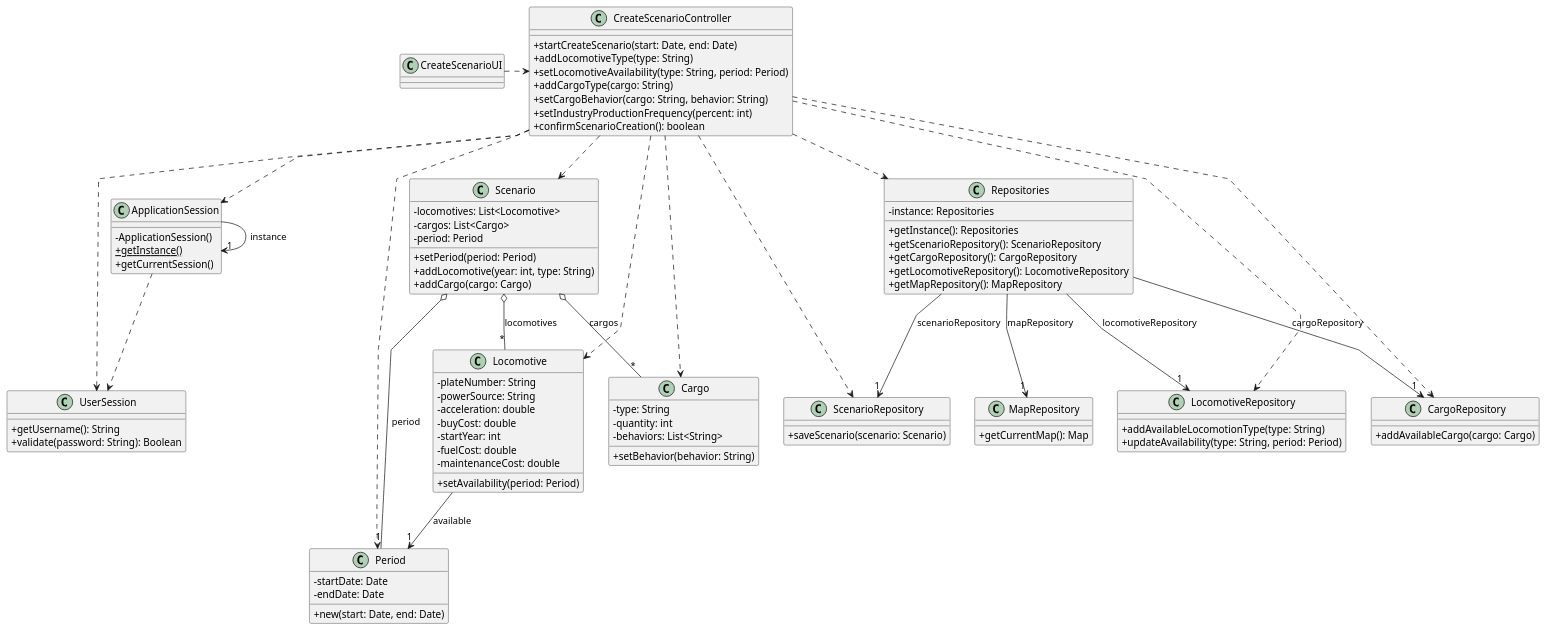
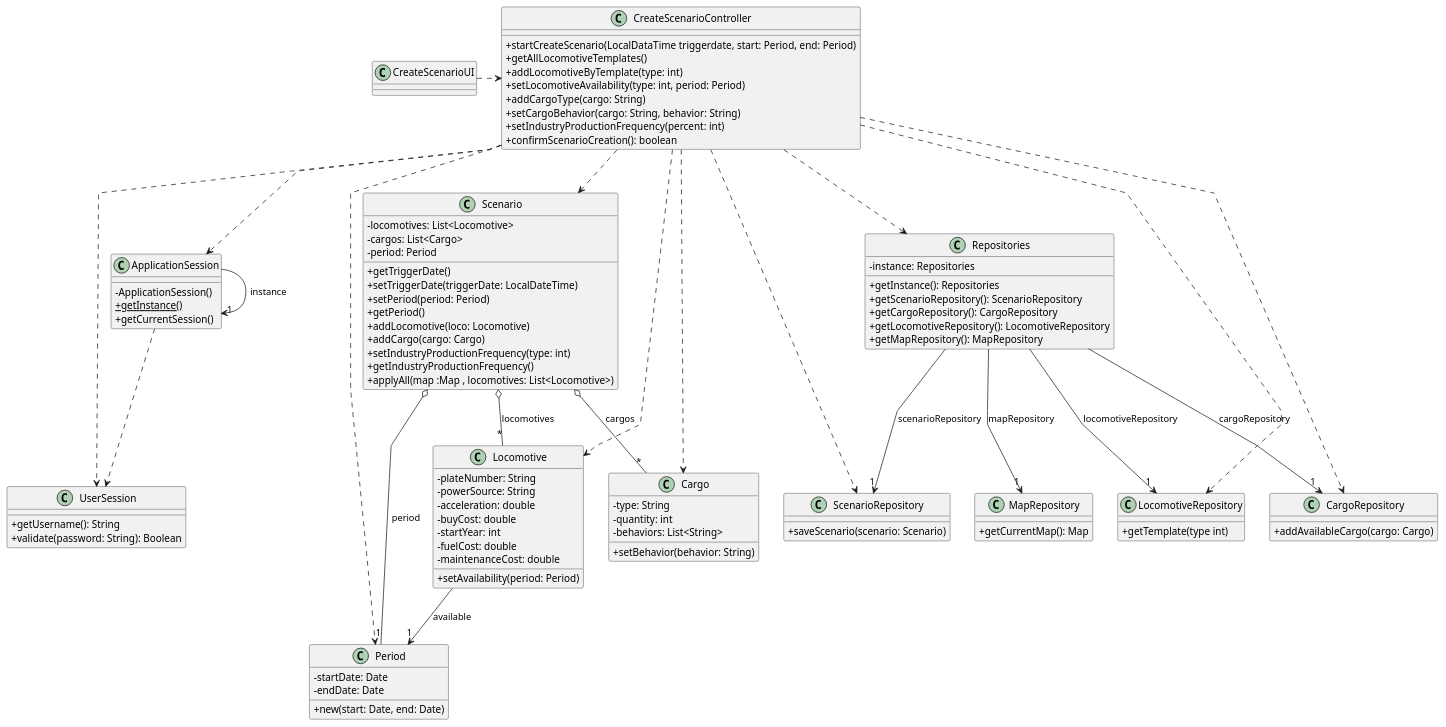
The diagram in docs/system-documentation/US004/03.design/puml/US004-CD.puml (1240826/empire-on-tracks), drawn with PlantUML before and after one commit. The commit also changed 3 other files, not shown here.

```diff
--- a/docs/system-documentation/US004/03.design/puml/US004-CD.puml
+++ b/docs/system-documentation/US004/03.design/puml/US004-CD.puml
@@ -1,124 +1,130 @@
 @startuml
 skinparam packageStyle rectangle
 skinparam shadowing false
 skinparam linetype polyline
 skinparam classAttributeIconSize 0
 
 
 class ApplicationSession
 {
     - ApplicationSession()
     + {static} getInstance()
     + getCurrentSession()
 }
 
 class UserSession {
     + getUsername(): String
     + validate(password: String): Boolean
 }
 
 ApplicationSession ..> UserSession
 ApplicationSession -> "1" ApplicationSession : instance
 
 
 class CreateScenarioUI {
 
 }
 
 class CreateScenarioController {
-    + startCreateScenario(start: Date, end: Date)
-    + addLocomotiveType(type: String)
-    + setLocomotiveAvailability(type: String, period: Period)
+    + startCreateScenario(LocalDataTime triggerdate, start: Period, end: Period)
+    + getAllLocomotiveTemplates()
+    + addLocomotiveByTemplate(type: int)
+    + setLocomotiveAvailability(type: int, period: Period)
     + addCargoType(cargo: String)
     + setCargoBehavior(cargo: String, behavior: String)
     + setIndustryProductionFrequency(percent: int)
     + confirmScenarioCreation(): boolean
 }
 
 CreateScenarioUI .> CreateScenarioController
 
 
 class Scenario {
     - locomotives: List<Locomotive>
     - cargos: List<Cargo>
     - period: Period
+    + getTriggerDate()
+    + setTriggerDate(triggerDate: LocalDateTime)
     + setPeriod(period: Period)
-    + addLocomotive(year: int, type: String)
+    + getPeriod()
+    + addLocomotive(loco: Locomotive)
     + addCargo(cargo: Cargo)
+    + setIndustryProductionFrequency(type: int)
+    + getIndustryProductionFrequency()
+    + applyAll(map :Map , locomotives: List<Locomotive>)
 }
 
 class Period {
     - startDate: Date
     - endDate: Date
     + new(start: Date, end: Date)
 }
 
 class Cargo {
     - type: String
     - quantity: int
     - behaviors: List<String>
     + setBehavior(behavior: String)
 }
 
 class Locomotive {
      - plateNumber: String
      - powerSource: String
      - acceleration: double
      - buyCost: double
      - startYear: int
      - fuelCost: double
      - maintenanceCost: double
      + setAvailability(period: Period)
 }
 
 class Repositories {
     - instance: Repositories
     + getInstance(): Repositories
     + getScenarioRepository(): ScenarioRepository
     + getCargoRepository(): CargoRepository
     + getLocomotiveRepository(): LocomotiveRepository
     + getMapRepository(): MapRepository
 }
 
 class ScenarioRepository {
     + saveScenario(scenario: Scenario)
 }
 
 class CargoRepository {
     + addAvailableCargo(cargo: Cargo)
 }
 
 class LocomotiveRepository {
-    + addAvailableLocomotionType(type: String)
-    + updateAvailability(type: String, period: Period)
+    + getTemplate(type int)
 }
 
 class MapRepository {
     + getCurrentMap(): Map
 }
 CreateScenarioController ..> ApplicationSession
 CreateScenarioController ..> UserSession
 CreateScenarioController ..> Repositories
 CreateScenarioController ..> ScenarioRepository
 CreateScenarioController ..> CargoRepository
 CreateScenarioController ..> LocomotiveRepository
 CreateScenarioController ..> Period
 CreateScenarioController ..> Scenario
 CreateScenarioController ..> Cargo
 CreateScenarioController ..> Locomotive
 
 
 Repositories --> "1" ScenarioRepository : scenarioRepository
 Repositories --> "1" CargoRepository : cargoRepository
 Repositories --> "1" LocomotiveRepository : locomotiveRepository
 Repositories --> "1" MapRepository : mapRepository
 
 Scenario o-- "*" Locomotive : locomotives
 Scenario o-- "*" Cargo : cargos
 Scenario o-- "1" Period : period
 
 Locomotive --> "1" Period : available
 
 
 
 @enduml
```
